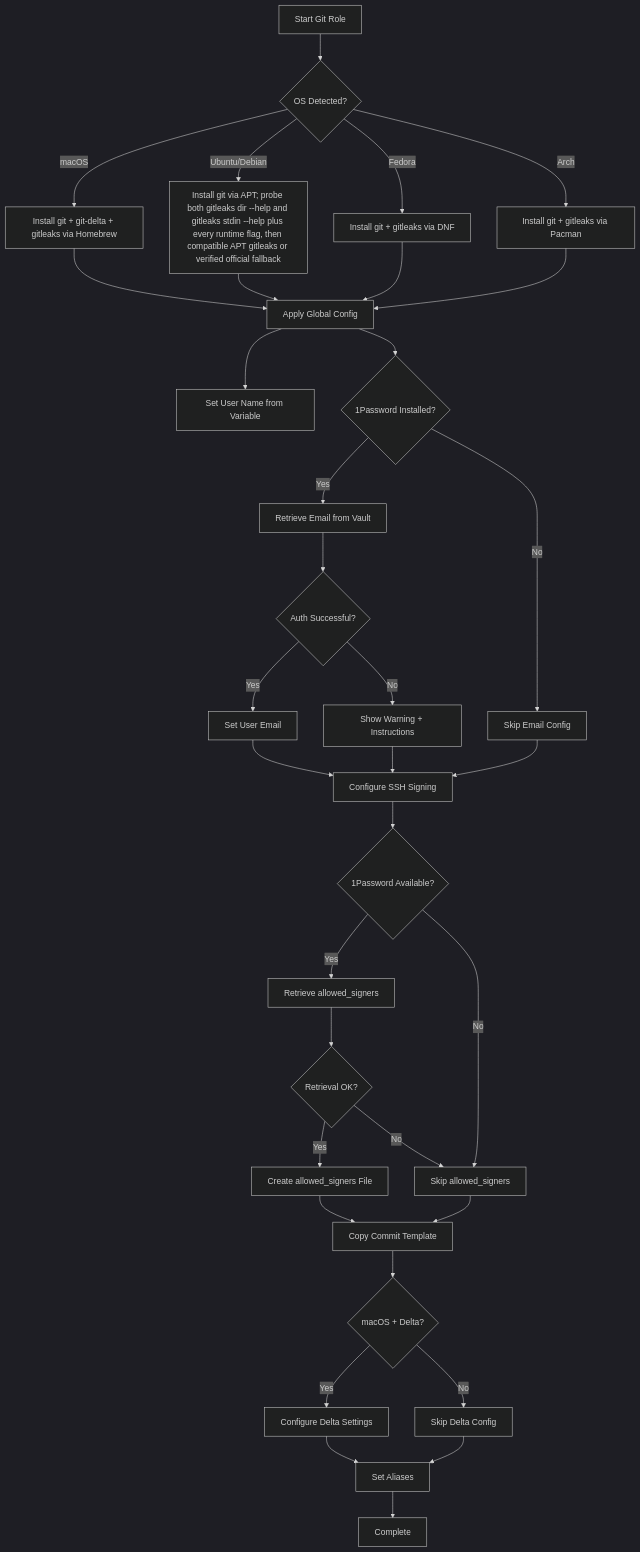
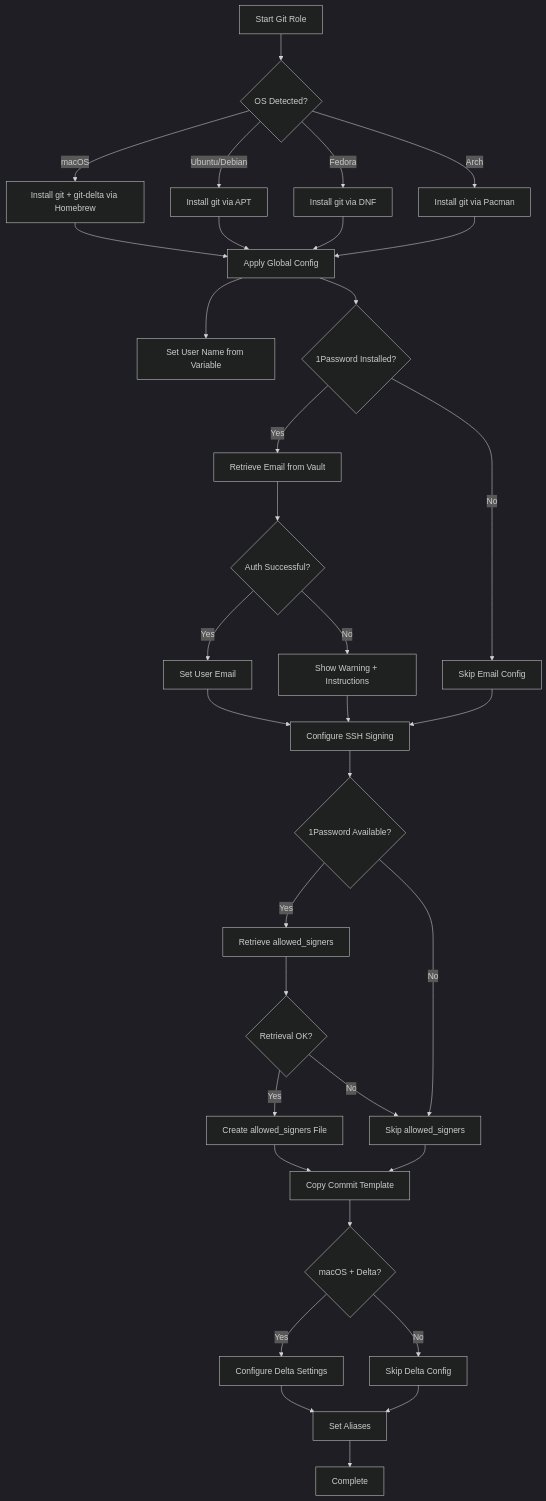
One commit to uarslandev/infra changed the diagram in dotfiles/roles/git/README.md. Above: the diagram before and after it, drawn with Mermaid (dark theme). The commit also changed other lines of this file and 8 other files, not shown here.

````diff
--- a/dotfiles/roles/git/README.md
+++ b/dotfiles/roles/git/README.md
@@ -141,47 +140,47 @@
 ```mermaid
 flowchart TD
     A[Start Git Role] --> B{OS Detected?}
-    B -->|macOS| C[Install git + git-delta + gitleaks via Homebrew]
-    B -->|Ubuntu/Debian| D[Install git via APT; probe both gitleaks dir --help and gitleaks stdin --help plus every runtime flag, then compatible APT gitleaks or verified official fallback]
-    B -->|Fedora| E[Install git + gitleaks via DNF]
-    B -->|Arch| F[Install git + gitleaks via Pacman]
+    B -->|macOS| C[Install git + git-delta via Homebrew]
+    B -->|Ubuntu/Debian| D[Install git via APT]
+    B -->|Fedora| E[Install git via DNF]
+    B -->|Arch| F[Install git via Pacman]
 
     C --> G[Apply Global Config]
     D --> G
     E --> G
     F --> G
 
     G --> H[Set User Name from Variable]
 
     G --> I{1Password Installed?}
     I -->|Yes| J[Retrieve Email from Vault]
     I -->|No| K[Skip Email Config]
 
     J --> L{Auth Successful?}
     L -->|Yes| M[Set User Email]
     L -->|No| N[Show Warning + Instructions]
 
     M --> O[Configure SSH Signing]
     K --> O
     N --> O
 
     O --> P{1Password Available?}
     P -->|Yes| Q[Retrieve allowed_signers]
     P -->|No| R[Skip allowed_signers]
 
     Q --> S{Retrieval OK?}
     S -->|Yes| T[Create allowed_signers File]
     S -->|No| R
 
     T --> U[Copy Commit Template]
     R --> U
 
     U --> V{macOS + Delta?}
     V -->|Yes| W[Configure Delta Settings]
     V -->|No| X[Skip Delta Config]
 
     W --> Y[Set Aliases]
     X --> Y
 
     Y --> Z[Complete]
 ```
````
